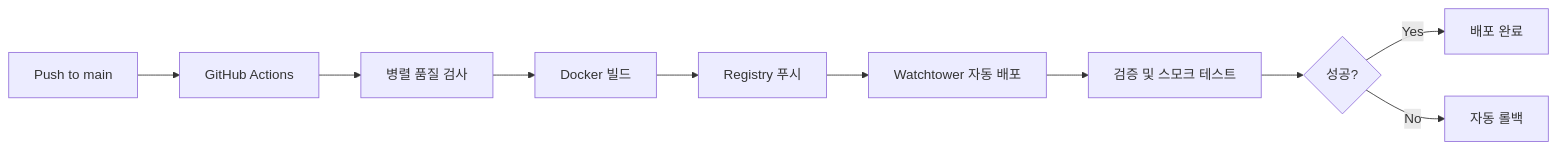
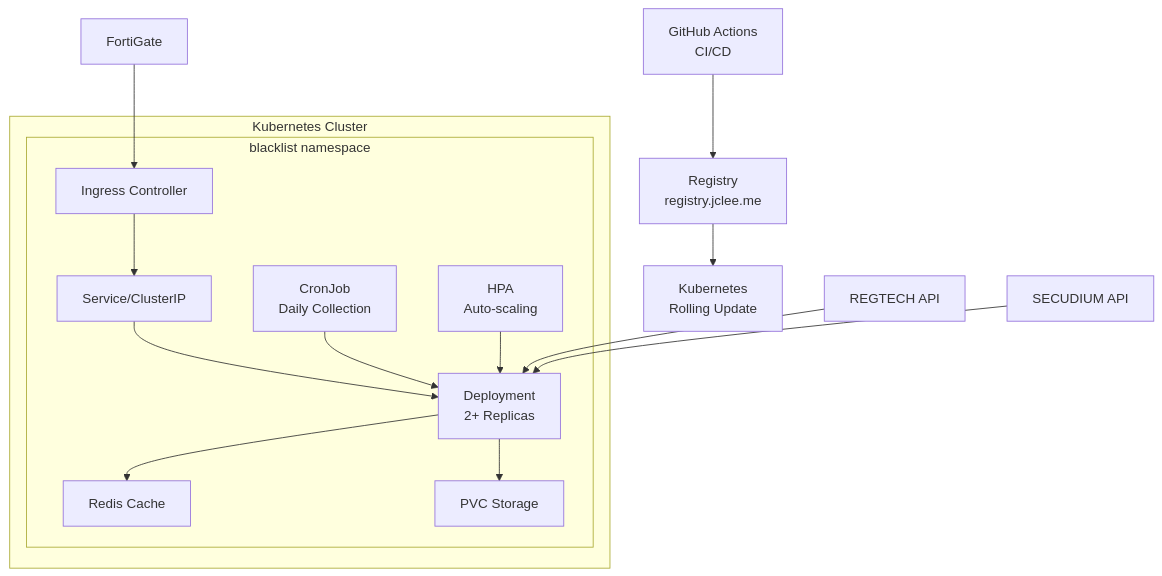
Before and after one commit to JCLEE94/blacklist: the diagram in README.md, drawn with Mermaid. The commit also changed other lines of this file and 5 other files, not shown here.

````diff
--- a/README.md
+++ b/README.md
@@ -154,12 +11,20 @@
 ```mermaid
-graph LR
-    A[Push to main] --> B[GitHub Actions]
-    B --> C[병렬 품질 검사]
-    C --> D[Docker 빌드]
-    D --> E[Registry 푸시]
-    E --> F[Watchtower 자동 배포]
-    F --> G[검증 및 스모크 테스트]
-    G --> H{성공?}
-    H -->|Yes| I[배포 완료]
-    H -->|No| J[자동 롤백]
+graph TB
+    subgraph "Kubernetes Cluster"
+        subgraph "blacklist namespace"
+            A[Ingress Controller] --> B[Service/ClusterIP]
+            B --> C[Deployment<br/>2+ Replicas]
+            C --> D[Redis Cache]
+            C --> E[PVC Storage]
+            F[CronJob<br/>Daily Collection] --> C
+            G[HPA<br/>Auto-scaling] --> C
+        end
+    end
+    
+    H[GitHub Actions<br/>CI/CD] --> I[Registry<br/>registry.jclee.me]
+    I --> J[Kubernetes<br/>Rolling Update]
+    
+    K[REGTECH API] --> C
+    L[SECUDIUM API] --> C
+    M[FortiGate] --> A
 ```
````
